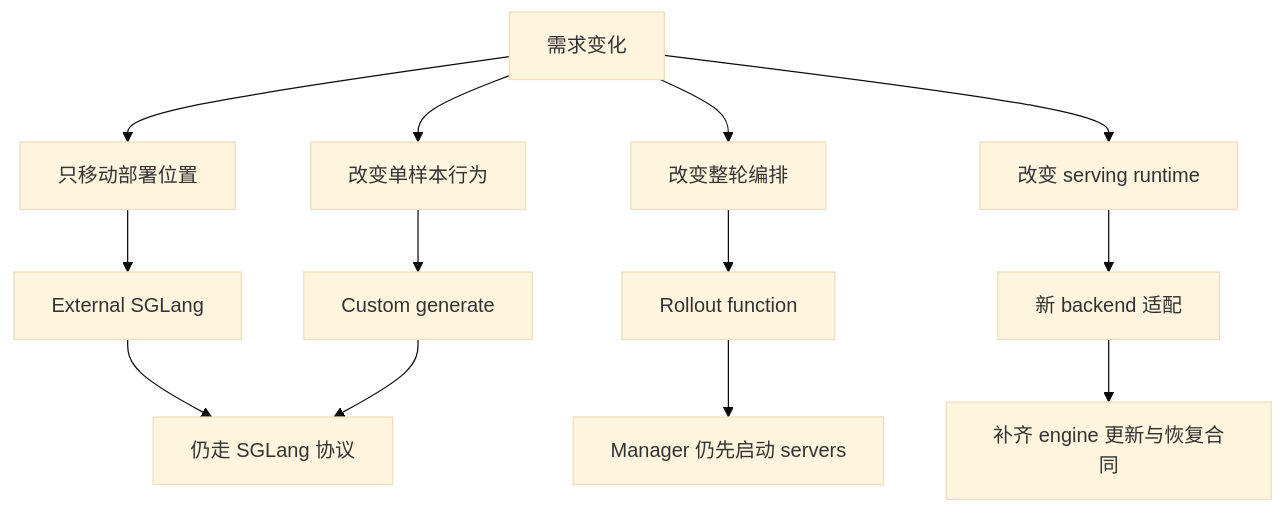
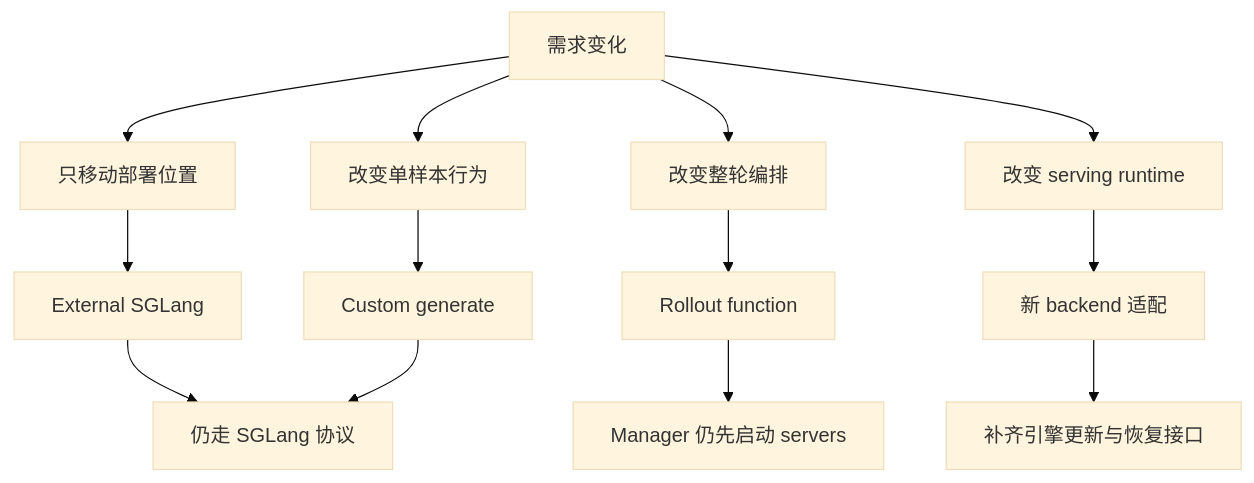
Before and after one commit to suhaibo666/llm-knowledge: the diagram in wiki/02_engineering/04_posttrain_frameworks/slime/19_slime_rollout_backend_extension_analysis.md, drawn with Mermaid (base theme). The commit also changed other lines of this file and 21 other files, not shown here.

````diff
--- a/wiki/02_engineering/04_posttrain_frameworks/slime/19_slime_rollout_backend_extension_analysis.md
+++ b/wiki/02_engineering/04_posttrain_frameworks/slime/19_slime_rollout_backend_extension_analysis.md
@@ -25,15 +25,15 @@
 ```mermaid
 flowchart TB
     Q["需求变化"] --> D["只移动部署位置"]
     Q --> G["改变单样本行为"]
     Q --> O["改变整轮编排"]
     Q --> B["改变 serving runtime"]
     D --> ES["External SGLang"]
     G --> CG["Custom generate"]
     O --> RF["Rollout function"]
     B --> NB["新 backend 适配"]
     ES --> SP["仍走 SGLang 协议"]
     CG --> SP
     RF --> MS["Manager 仍先启动 servers"]
-    NB --> BC["补齐 engine 更新与恢复合同"]
+    NB --> BC["补齐引擎更新与恢复接口"]
 ```
````
